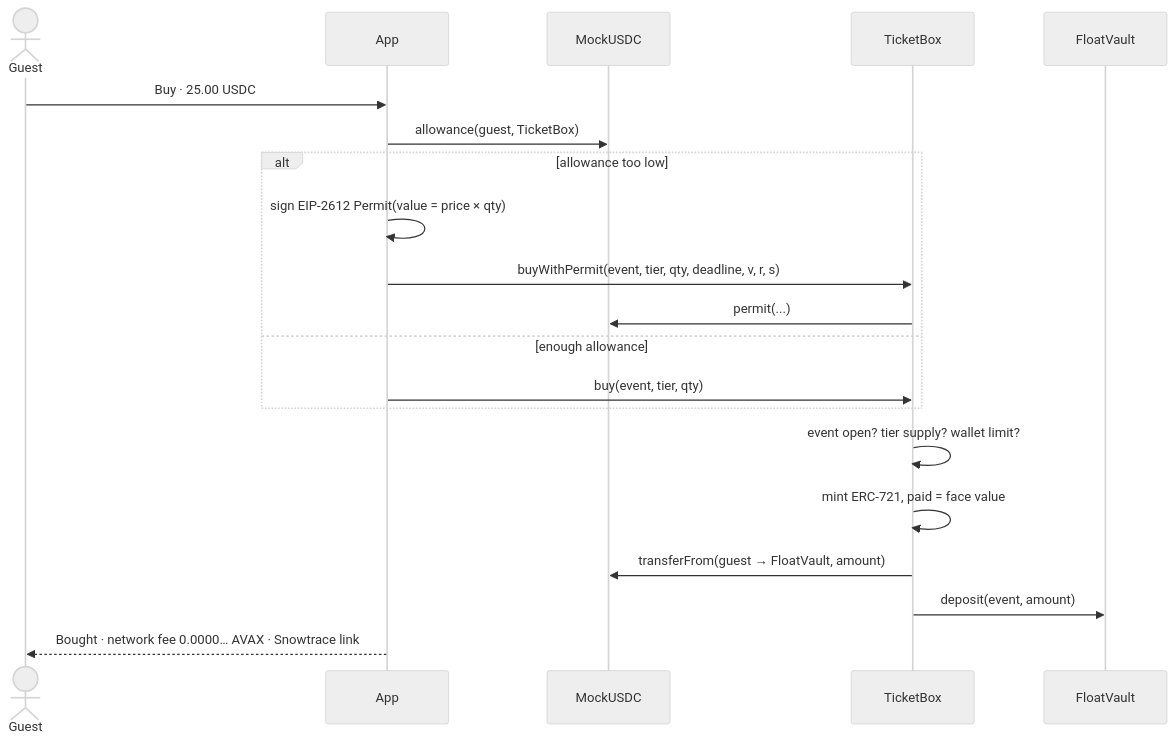
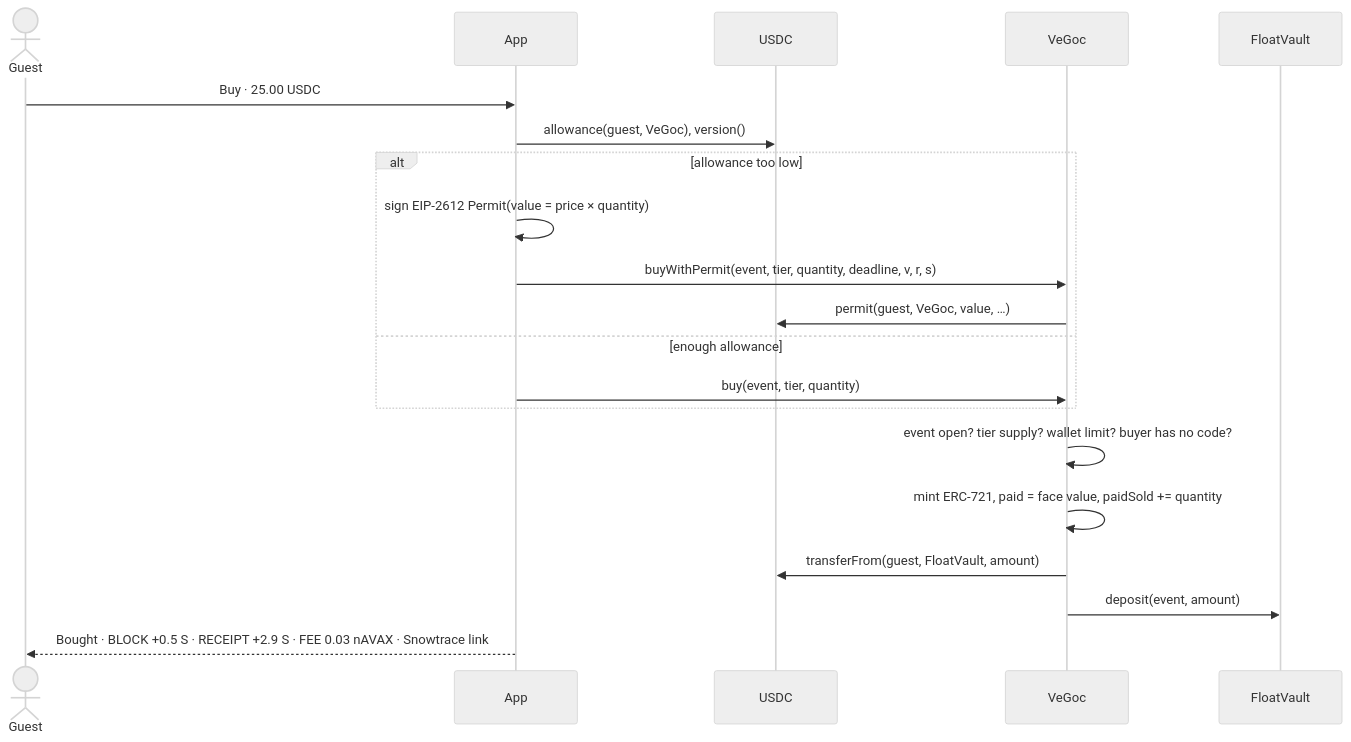
Before and after one commit to buiPhongGiang/ticketing: the second of 7 diagrams in docs/ARCHITECTURE.md, drawn with Mermaid (neutral theme). The commit also changed other lines of this file and 8 other files, not shown here.

First line of the commit message:
docs: README, architecture and demo beats for the VeGoc deployment; Fuji media

````diff
--- a/docs/ARCHITECTURE.md
+++ b/docs/ARCHITECTURE.md
@@ -44,22 +65,22 @@
 ```mermaid
 sequenceDiagram
   actor G as Guest
   participant App
-  participant U as MockUSDC
-  participant T as TicketBox
+  participant U as USDC
+  participant T as VeGoc
   participant V as FloatVault
   G->>App: Buy · 25.00 USDC
-  App->>U: allowance(guest, TicketBox)
+  App->>U: allowance(guest, VeGoc), version()
   alt allowance too low
-    App->>App: sign EIP-2612 Permit(value = price × qty)
-    App->>T: buyWithPermit(event, tier, qty, deadline, v, r, s)
-    T->>U: permit(...)
+    App->>App: sign EIP-2612 Permit(value = price × quantity)
+    App->>T: buyWithPermit(event, tier, quantity, deadline, v, r, s)
+    T->>U: permit(guest, VeGoc, value, …)
   else enough allowance
-    App->>T: buy(event, tier, qty)
+    App->>T: buy(event, tier, quantity)
   end
-  T->>T: event open? tier supply? wallet limit?
-  T->>T: mint ERC-721, paid = face value
-  T->>U: transferFrom(guest → FloatVault, amount)
+  T->>T: event open? tier supply? wallet limit? buyer has no code?
+  T->>T: mint ERC-721, paid = face value, paidSold += quantity
+  T->>U: transferFrom(guest, FloatVault, amount)
   T->>V: deposit(event, amount)
-  App-->>G: Bought · network fee 0.0000… AVAX · Snowtrace link
+  App-->>G: Bought · BLOCK +0.5 S · RECEIPT +2.9 S · FEE 0.03 nAVAX · Snowtrace link
 ```
````
